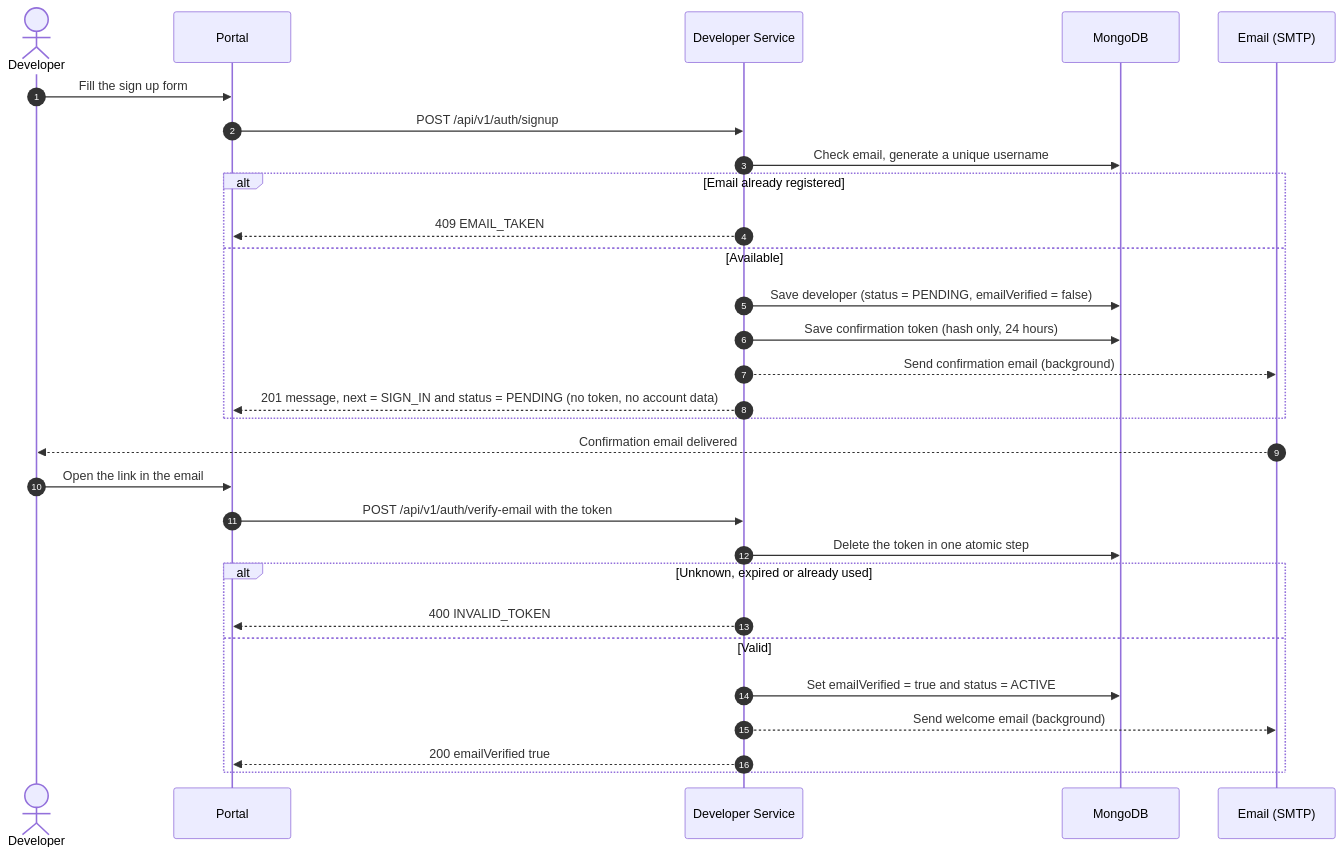
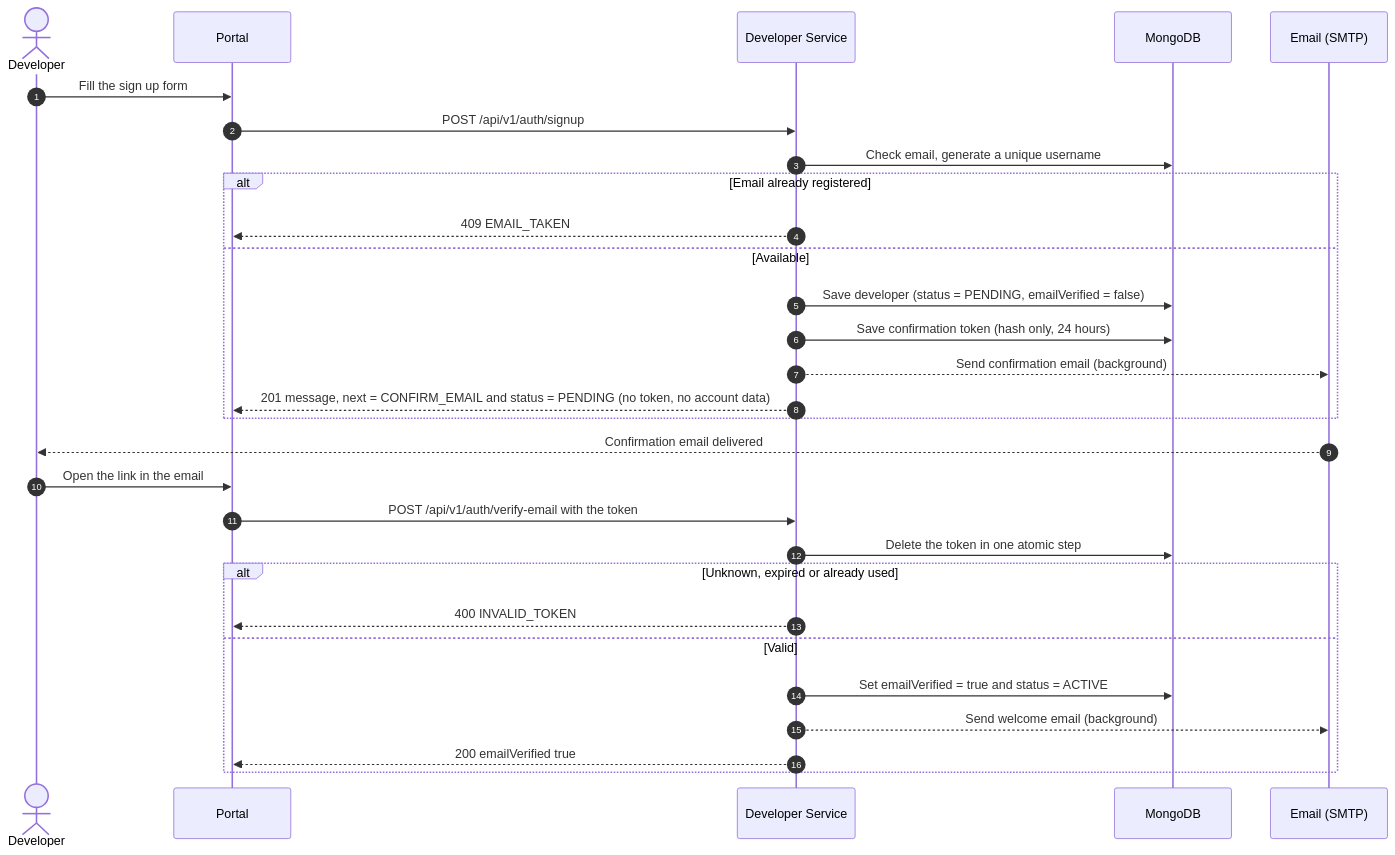
The second of 8 diagrams in README.md (peacemakerbill/premisave-developer-service), drawn with Mermaid before and after one commit. The commit also changed other lines of this file and 12 other files, not shown here.

Commit message:
Block pending accounts from signing in by password, provider or token until the email is confirmed

````diff
--- a/README.md
+++ b/README.md
@@ -181,32 +181,32 @@
 ```mermaid
 sequenceDiagram
     autonumber
     actor D as Developer
     participant P as Portal
     participant S as Developer Service
     participant M as MongoDB
     participant E as Email (SMTP)
 
     D->>P: Fill the sign up form
     P->>S: POST /api/v1/auth/signup
     S->>M: Check email, generate a unique username
     alt Email already registered
         S-->>P: 409 EMAIL_TAKEN
     else Available
         S->>M: Save developer (status = PENDING, emailVerified = false)
         S->>M: Save confirmation token (hash only, 24 hours)
         S-->>E: Send confirmation email (background)
-        S-->>P: 201 message, next = SIGN_IN and status = PENDING (no token, no account data)
+        S-->>P: 201 message, next = CONFIRM_EMAIL and status = PENDING (no token, no account data)
     end
     E-->>D: Confirmation email delivered
     D->>P: Open the link in the email
     P->>S: POST /api/v1/auth/verify-email with the token
     S->>M: Delete the token in one atomic step
     alt Unknown, expired or already used
         S-->>P: 400 INVALID_TOKEN
     else Valid
         S->>M: Set emailVerified = true and status = ACTIVE
         S-->>E: Send welcome email (background)
         S-->>P: 200 emailVerified true
     end
 ```
````
